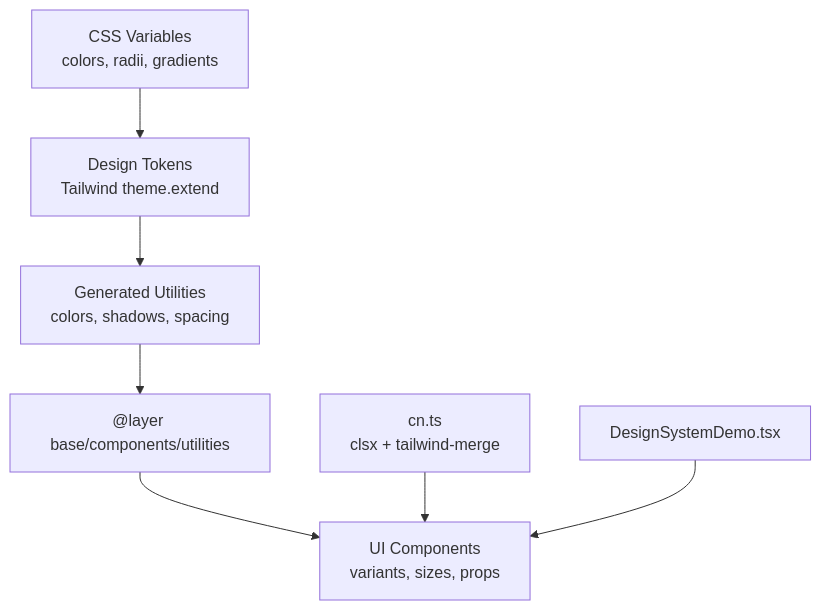
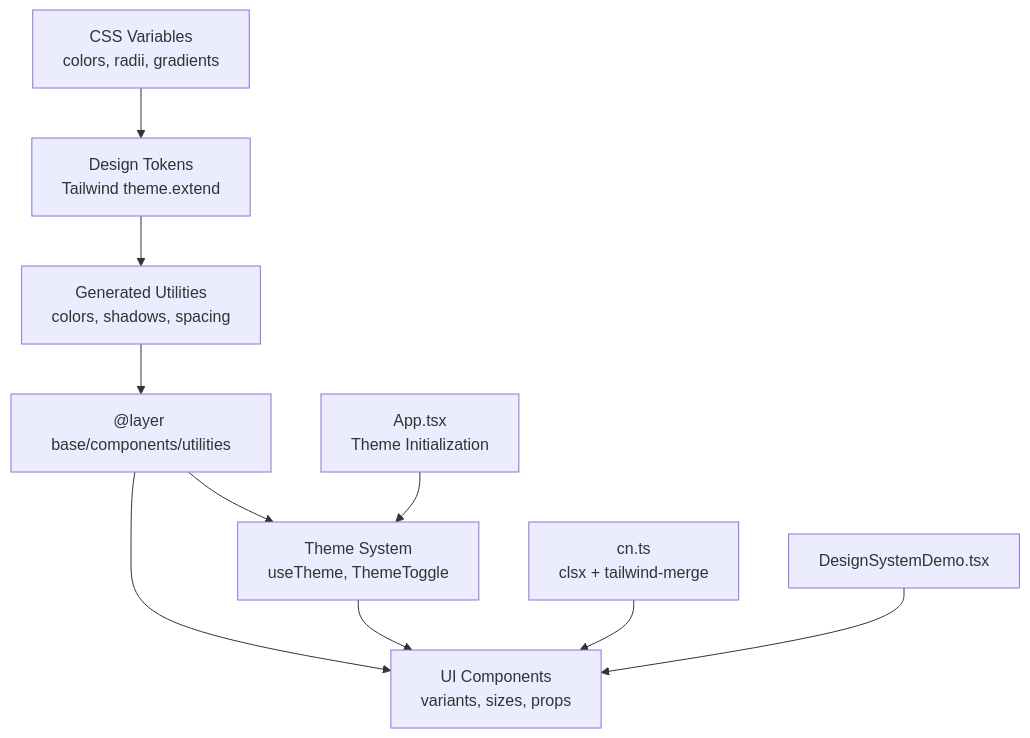
One commit to nilsnavi/fit_trackerpro changed the second of 5 diagrams in .qoder/repowiki/en/content/Frontend Component Architecture/UI Component Library/Design System Guidelines.md. Above: the diagram before and after it, drawn with Mermaid. The commit also changed other lines of this file and 19 other files, not shown here.

````diff
--- a/.qoder/repowiki/en/content/Frontend Component Architecture/UI Component Library/Design System Guidelines.md
+++ b/.qoder/repowiki/en/content/Frontend Component Architecture/UI Component Library/Design System Guidelines.md
@@ -134,9 +165,12 @@
 ```mermaid
 graph TB
 Vars["CSS Variables<br/>colors, radii, gradients"] --> Tokens["Design Tokens<br/>Tailwind theme.extend"]
 Tokens --> Classes["Generated Utilities<br/>colors, shadows, spacing"]
 Classes --> Styles["@layer base/components/utilities"]
 Styles --> Comps["UI Components<br/>variants, sizes, props"]
+Styles --> Theme["Theme System<br/>useTheme, ThemeToggle"]
+Theme --> Comps
 Utils["cn.ts<br/>clsx + tailwind-merge"] --> Comps
 Demo["DesignSystemDemo.tsx"] --> Comps
+Init["App.tsx<br/>Theme Initialization"] --> Theme
 ```
````
